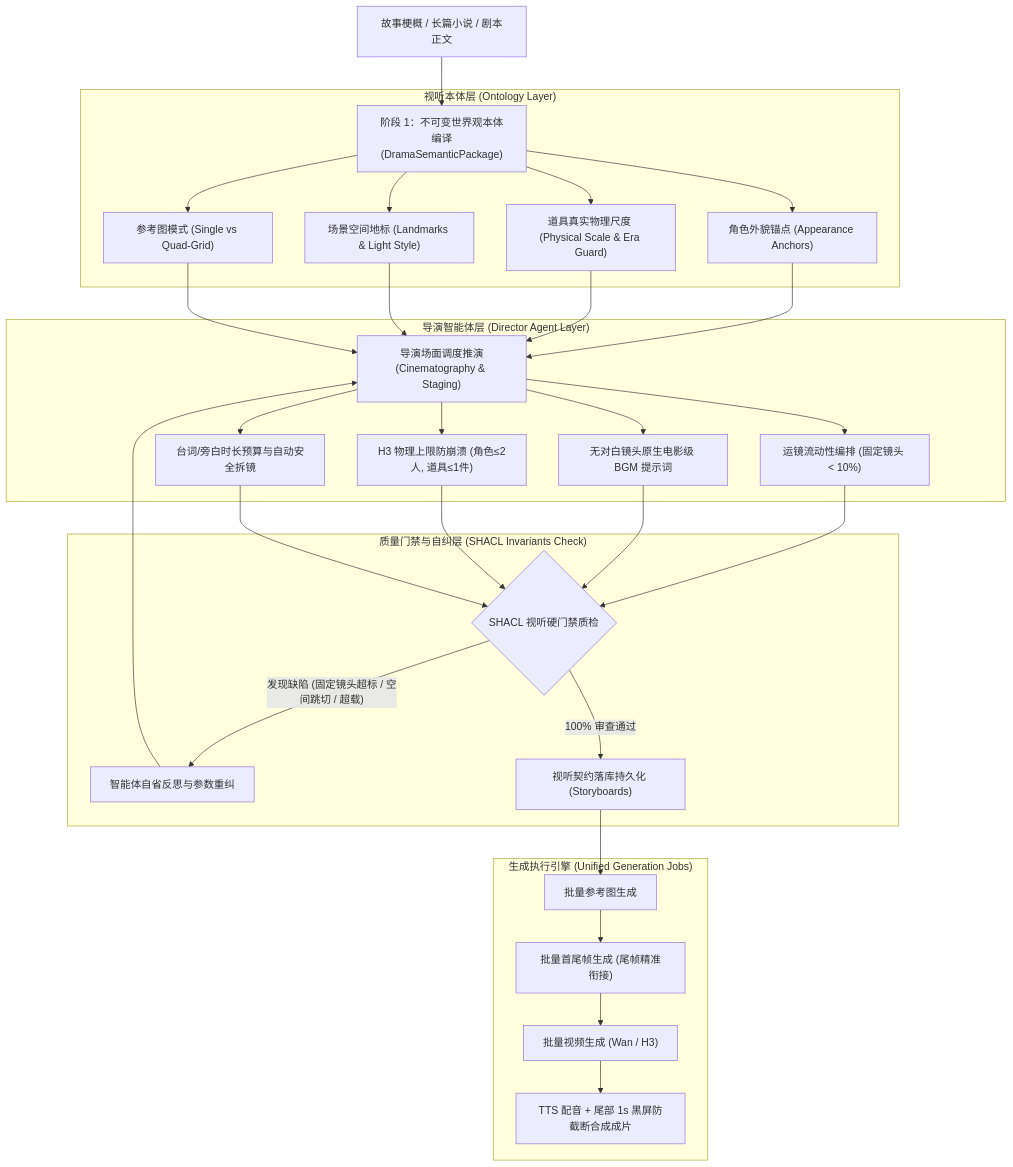
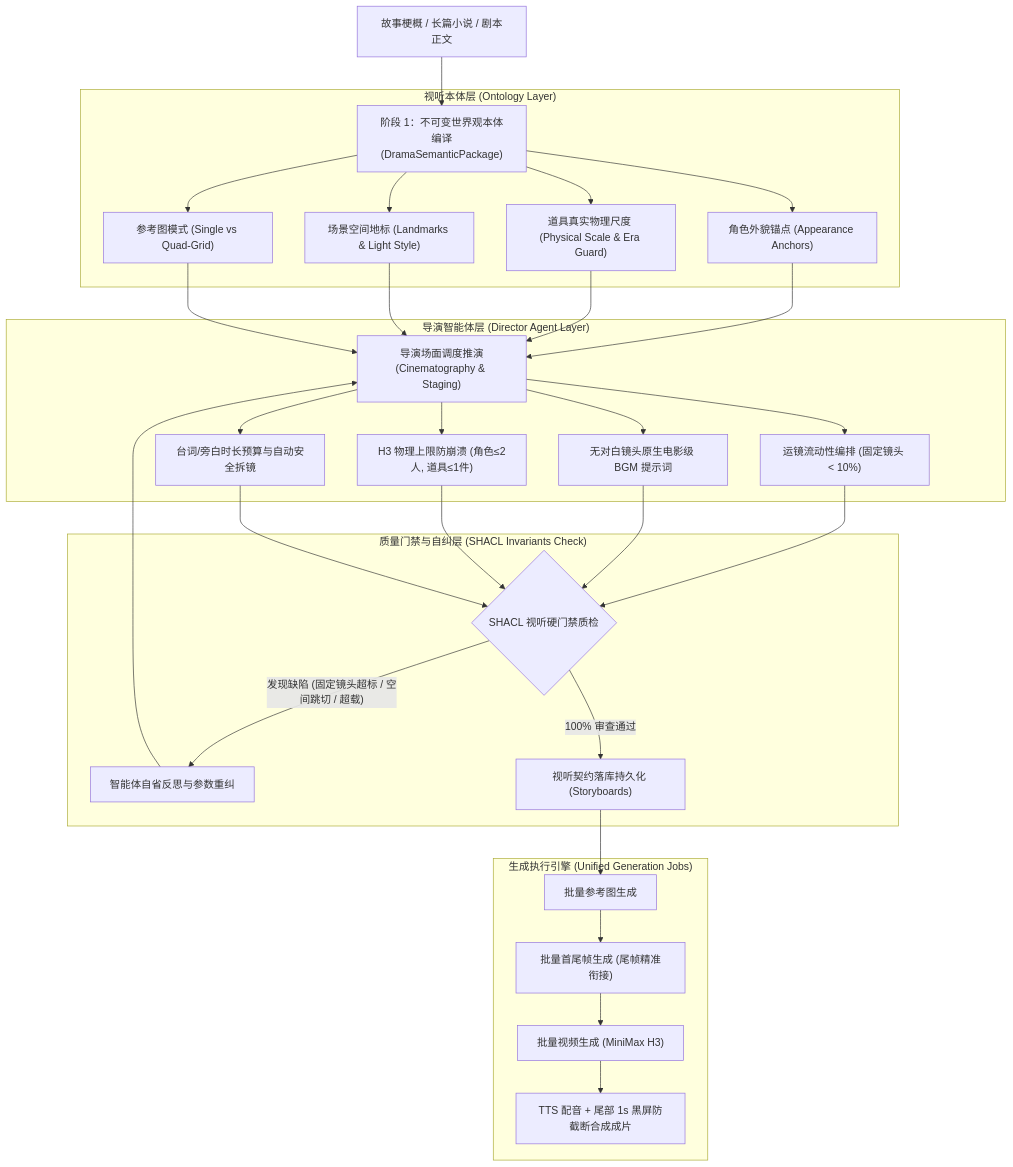
One commit to dota2015/OntologyLocalDrama changed the diagram in docs/ontology-director-architecture.md. Above: the diagram before and after it, drawn with Mermaid. The commit also changed other lines of this file and 8 other files, not shown here.

````diff
--- a/docs/ontology-director-architecture.md
+++ b/docs/ontology-director-architecture.md
@@ -23,33 +23,33 @@
 ```mermaid
 graph TD
     A["故事梗概 / 长篇小说 / 剧本正文"] --> B["阶段 1：不可变世界观本体编译<br/>(DramaSemanticPackage)"]
     
     subgraph "视听本体层 (Ontology Layer)"
         B --> B1["角色外貌锚点 (Appearance Anchors)"]
         B --> B2["道具真实物理尺度 (Physical Scale & Era Guard)"]
         B --> B3["场景空间地标 (Landmarks & Light Style)"]
         B --> B4["参考图模式 (Single vs Quad-Grid)"]
     end
     
     subgraph "导演智能体层 (Director Agent Layer)"
         B1 & B2 & B3 & B4 --> C["导演场面调度推演<br/>(Cinematography & Staging)"]
         C --> C1["运镜流动性编排 (固定镜头 &lt; 10%)"]
         C --> C2["无对白镜头原生电影级 BGM 提示词"]
         C --> C3["H3 物理上限防崩溃 (角色&le;2人, 道具&le;1件)"]
         C --> C4["台词/旁白时长预算与自动安全拆镜"]
     end
     
     subgraph "质量门禁与自纠层 (SHACL Invariants Check)"
         C1 & C2 & C3 & C4 --> D{"SHACL 视听硬门禁质检"}
         D -- "发现缺陷 (固定镜头超标 / 空间跳切 / 超载)" --> E["智能体自省反思与参数重纠"]
         E --> C
         D -- "100% 审查通过" --> F["视听契约落库持久化 (Storyboards)"]
     end
     
     subgraph "生成执行引擎 (Unified Generation Jobs)"
         F --> G["批量参考图生成"]
         G --> H["批量首尾帧生成 (尾帧精准衔接)"]
-        H --> I["批量视频生成 (Wan / H3)"]
+        H --> I["批量视频生成 (MiniMax H3)"]
         I --> J["TTS 配音 + 尾部 1s 黑屏防截断合成成片"]
     end
 ```
````
